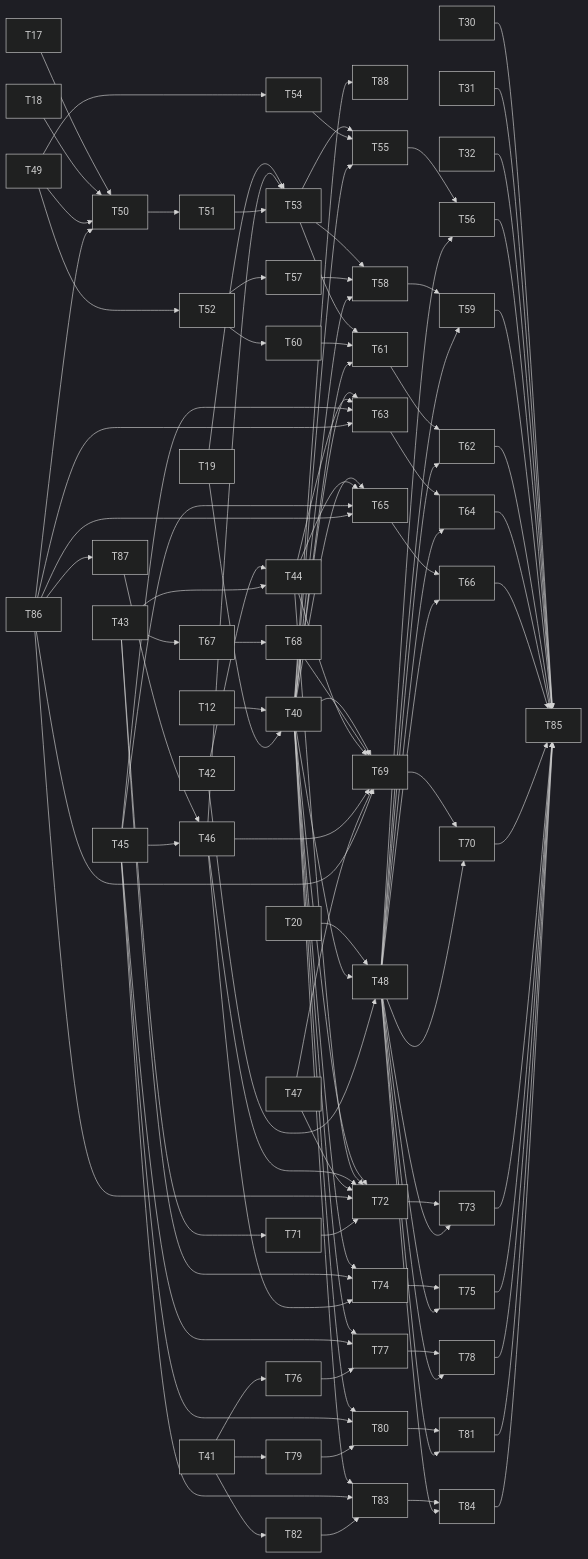
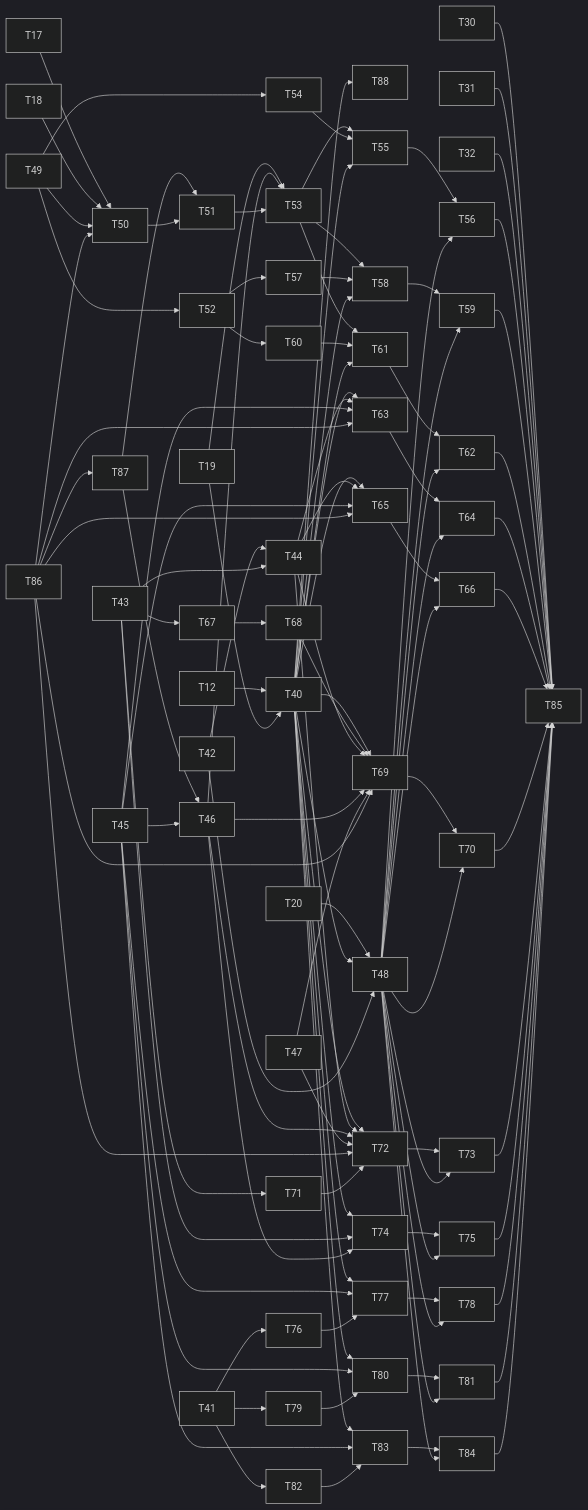
Before and after one commit to D0n9X1n/mermaid-tty: the diagram in docs/plans/2026-10-28-mermaid-tty-v1-C-diagram-types.md, drawn with Mermaid (dark theme). The commit also changed other lines of this file and 7 other files, not shown here.

````diff
--- a/docs/plans/2026-10-28-mermaid-tty-v1-C-diagram-types.md
+++ b/docs/plans/2026-10-28-mermaid-tty-v1-C-diagram-types.md
@@ -380,32 +380,32 @@
 ```mermaid
 flowchart LR
   T12 & T19 --> T40 --> T88
-  T86 --> T87 --> T46
+  T86 --> T87 --> T46 & T51
   T20 & T40 & T42 --> T48
   T42 & T43 --> T44
   T45 --> T46
   T17 & T18 & T49 & T86 --> T50 --> T51
   T19 & T46 & T51 --> T53
   T49 --> T52 & T54
   T52 --> T57 & T60
   T53 --> T55 & T58 & T61
   T54 --> T55 --> T56
   T57 --> T58 --> T59
   T60 --> T61 --> T62
   T40 --> T55 & T58 & T61 & T63 & T65 & T69 & T72 & T74 & T77 & T80 & T83
   T44 & T45 & T86 --> T63 & T65
   T63 --> T64
   T65 --> T66
   T43 --> T67 & T71 & T74
   T67 --> T68 --> T69 --> T70
   T44 & T46 & T47 & T86 --> T69 & T72
   T71 --> T72 --> T73
   T46 --> T74 --> T75
   T41 --> T76 & T79 & T82
   T45 --> T77 & T80 & T83
   T76 --> T77 --> T78
   T79 --> T80 --> T81
   T82 --> T83 --> T84
   T48 --> T56 & T59 & T62 & T64 & T66 & T70 & T73 & T75 & T78 & T81 & T84
   T30 & T31 & T32 & T56 & T59 & T62 & T64 & T66 & T70 & T73 & T75 & T78 & T81 & T84 --> T85
 ```
````
